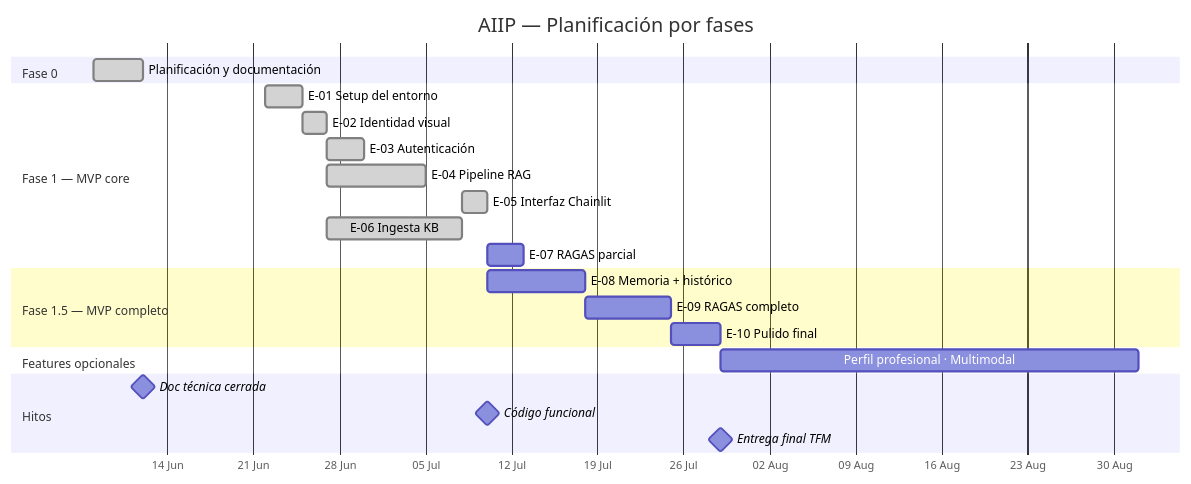
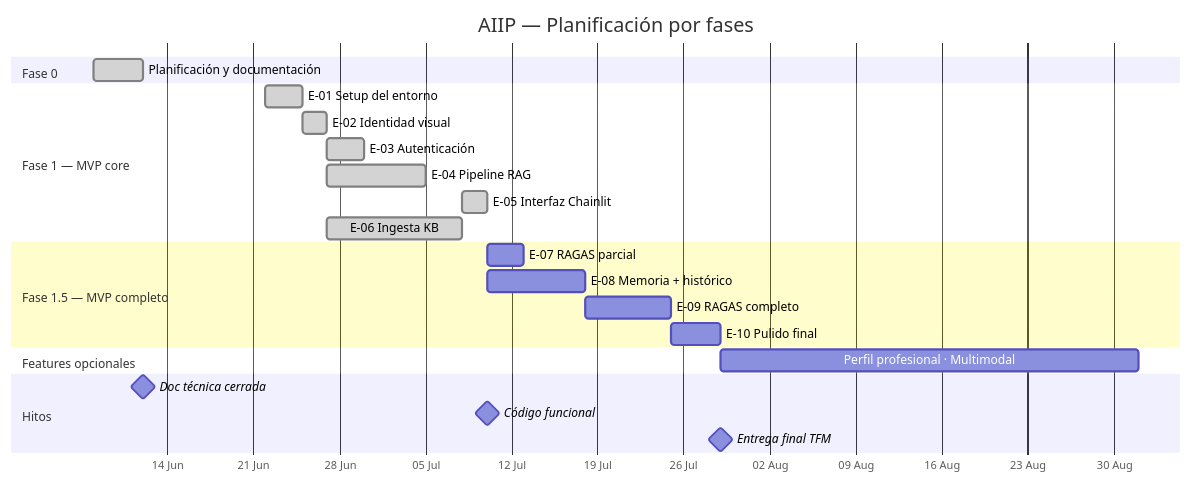
The diagram in README.md (mimpho/aiip), drawn with Mermaid before and after one commit. The commit also changed other lines of this file and 1 other file, not shown here.

````diff
--- a/README.md
+++ b/README.md
@@ -60,31 +62,31 @@
 ```mermaid
 gantt
     title AIIP — Planificación por fases
     dateFormat  YYYY-MM-DD
     axisFormat  %d %b
 
     section Fase 0
     Planificación y documentación     :done,    f0, 2026-06-08, 2026-06-12
 
     section Fase 1 — MVP core
     E-01 Setup del entorno            :done,    e01, 2026-06-22, 2026-06-25
     E-02 Identidad visual             :done,    e02, 2026-06-25, 2026-06-27
     E-03 Autenticación                :done,    e03, 2026-06-27, 2026-06-30
     E-04 Pipeline RAG                 :done,    e04, 2026-06-27, 2026-07-05
     E-05 Interfaz Chainlit            :done,    e05, 2026-07-08, 2026-07-10
     E-06 Ingesta KB                   :done,    e06, 2026-06-27, 2026-07-08
-    E-07 RAGAS parcial                :         e07, 2026-07-10, 2026-07-13
 
     section Fase 1.5 — MVP completo
+    E-07 RAGAS parcial                :         e07, 2026-07-10, 2026-07-13
     E-08 Memoria + histórico          :         e08, 2026-07-10, 2026-07-18
     E-09 RAGAS completo               :         e09, 2026-07-18, 2026-07-25
     E-10 Pulido final                 :         e10, 2026-07-25, 2026-07-29
 
     section Features opcionales
     Perfil profesional · Multimodal   :         fo, 2026-07-29, 2026-09-01
 
     section Hitos
     Doc técnica cerrada               :milestone, 2026-06-12, 0d
     Código funcional                  :milestone, 2026-07-10, 0d
     Entrega final TFM                 :milestone, 2026-07-29, 0d
 ```
````
